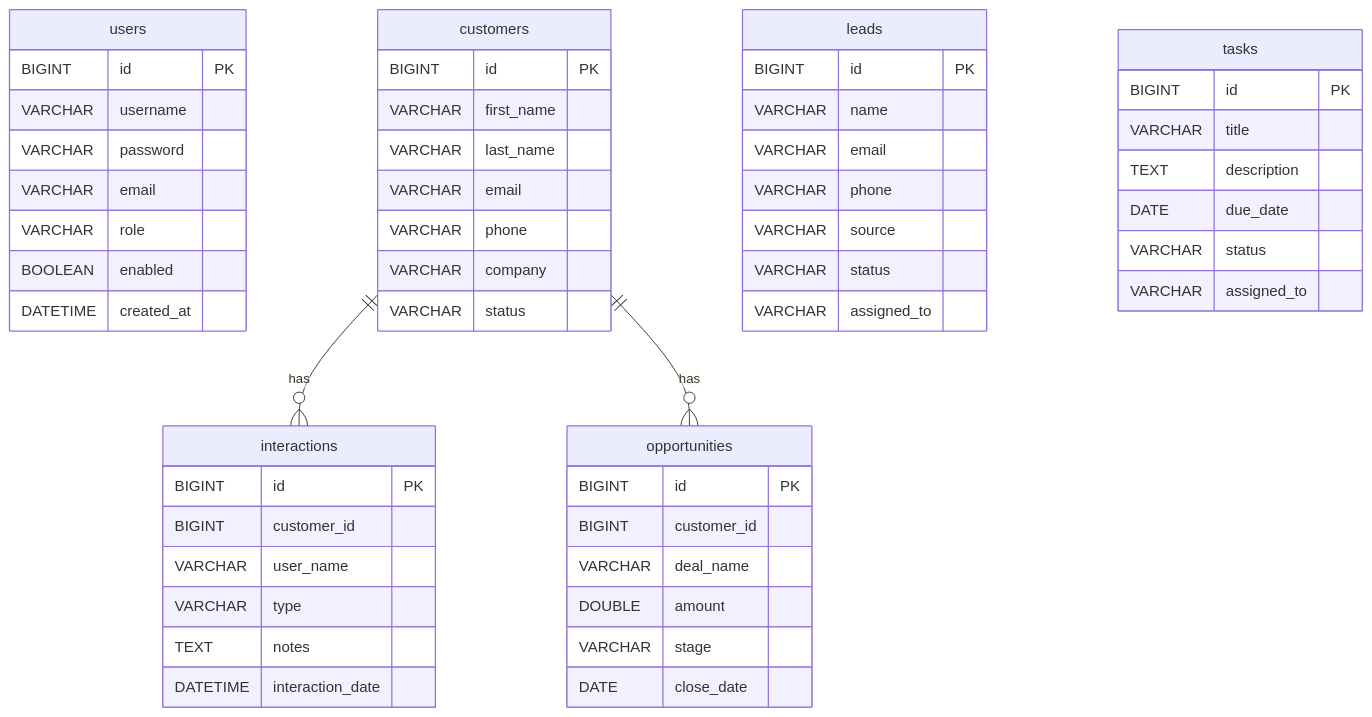
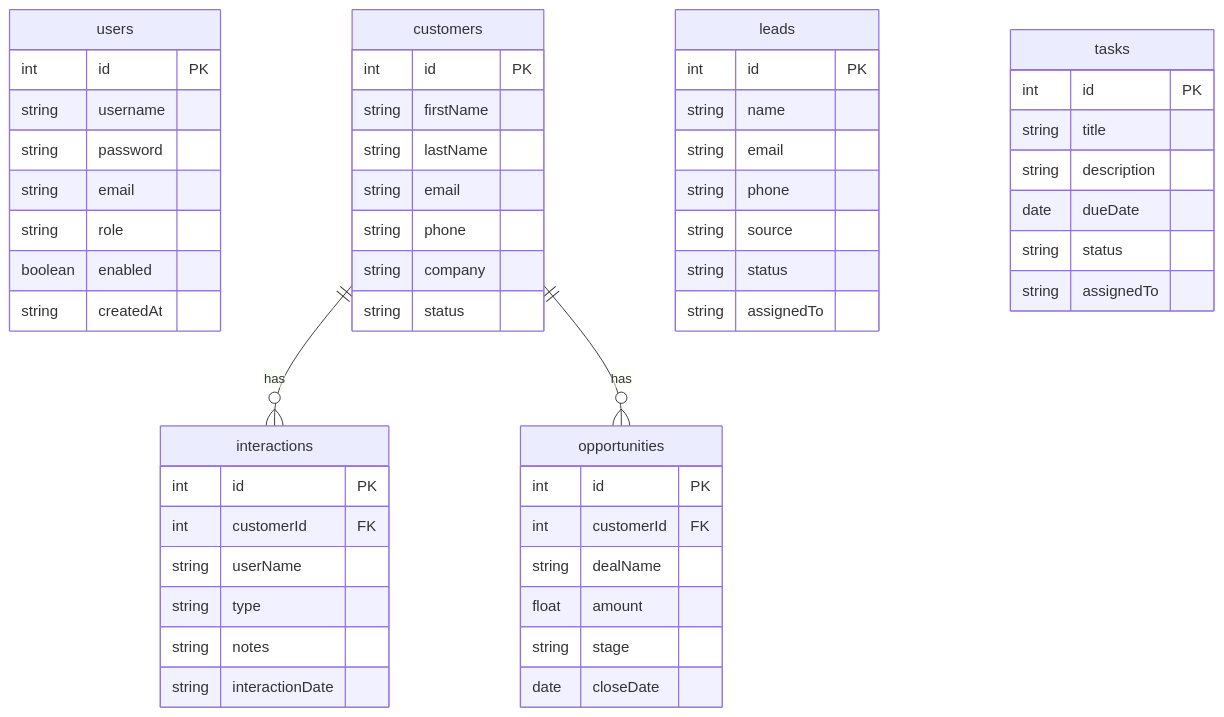
The third of 4 diagrams in README.md (amirtha-1412/customer-relationship-manager), drawn with Mermaid before and after one commit.

Commit message:
modified properties

````diff
--- a/README.md
+++ b/README.md
@@ -115,62 +115,62 @@
 ```mermaid
 erDiagram
     users {
-        BIGINT id PK
-        VARCHAR username
-        VARCHAR password
-        VARCHAR email
-        VARCHAR role
-        BOOLEAN enabled
-        DATETIME created_at
+        int id PK
+        string username
+        string password
+        string email
+        string role
+        boolean enabled
+        string createdAt
     }
 
     customers {
-        BIGINT id PK
-        VARCHAR first_name
-        VARCHAR last_name
-        VARCHAR email
-        VARCHAR phone
-        VARCHAR company
-        VARCHAR status
+        int id PK
+        string firstName
+        string lastName
+        string email
+        string phone
+        string company
+        string status
     }
 
     leads {
-        BIGINT id PK
-        VARCHAR name
-        VARCHAR email
-        VARCHAR phone
-        VARCHAR source
-        VARCHAR status
-        VARCHAR assigned_to
+        int id PK
+        string name
+        string email
+        string phone
+        string source
+        string status
+        string assignedTo
     }
 
     tasks {
-        BIGINT id PK
-        VARCHAR title
-        TEXT description
-        DATE due_date
-        VARCHAR status
-        VARCHAR assigned_to
+        int id PK
+        string title
+        string description
+        date dueDate
+        string status
+        string assignedTo
     }
 
     interactions {
-        BIGINT id PK
-        BIGINT customer_id
-        VARCHAR user_name
-        VARCHAR type
-        TEXT notes
-        DATETIME interaction_date
+        int id PK
+        int customerId FK
+        string userName
+        string type
+        string notes
+        string interactionDate
     }
 
     opportunities {
-        BIGINT id PK
-        BIGINT customer_id
-        VARCHAR deal_name
-        DOUBLE amount
-        VARCHAR stage
-        DATE close_date
+        int id PK
+        int customerId FK
+        string dealName
+        float amount
+        string stage
+        date closeDate
     }
 
     customers ||--o{ interactions : "has"
     customers ||--o{ opportunities : "has"
 ```
````
